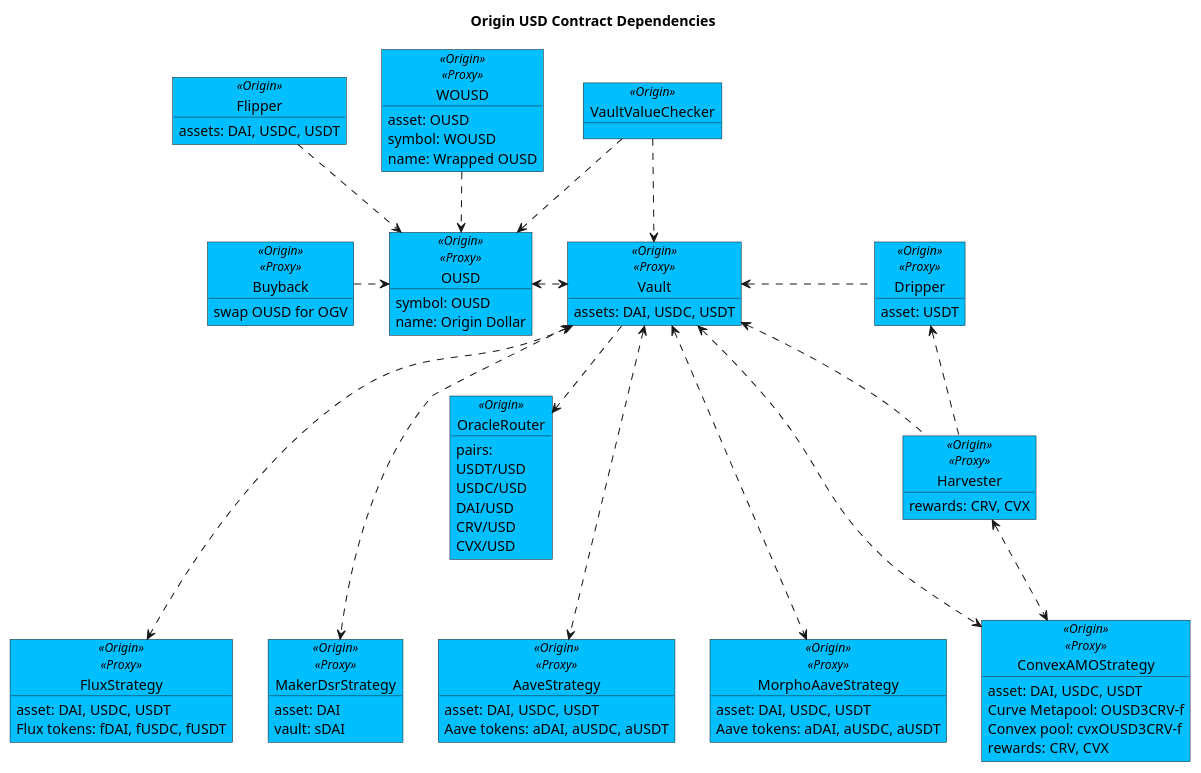
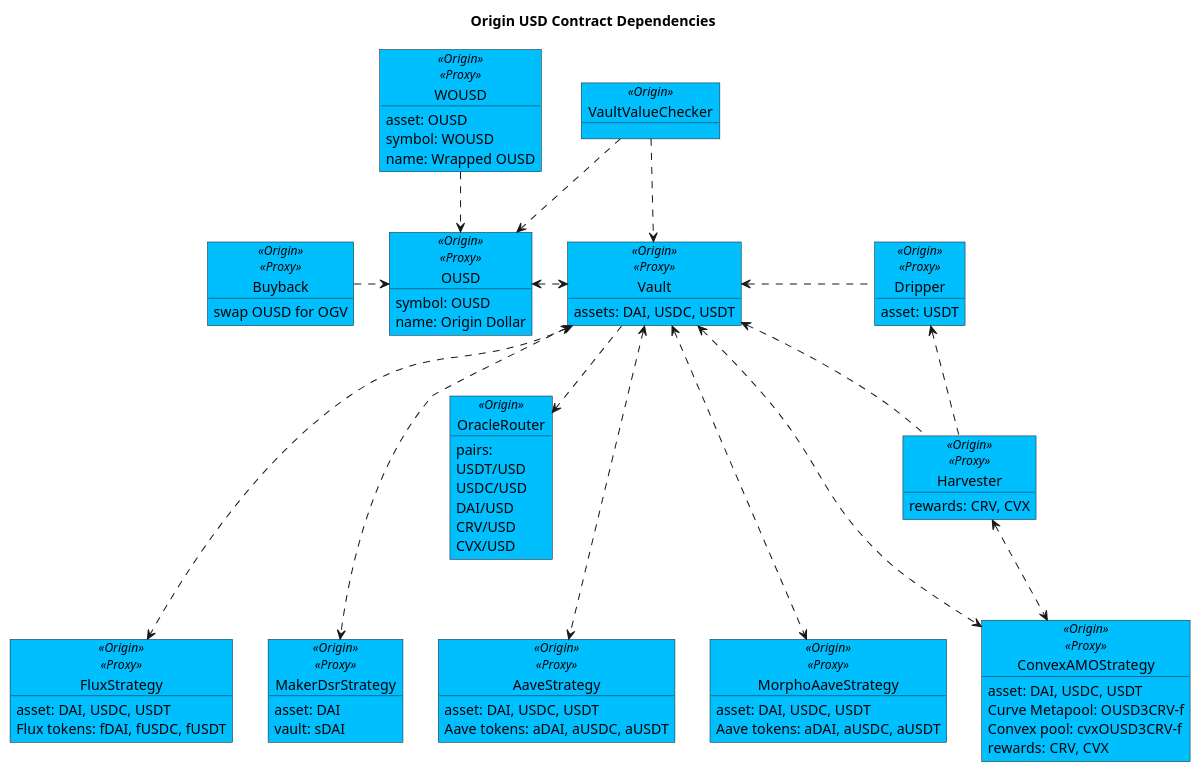
The diagram in contracts/docs/plantuml/ousdContracts.puml (OriginProtocol/origin-dollar), drawn with PlantUML before and after one commit. The commit also changed 10 other files, not shown here.

```diff
--- a/contracts/docs/plantuml/ousdContracts.puml
+++ b/contracts/docs/plantuml/ousdContracts.puml
@@ -1,131 +1,125 @@
 @startuml
 
 title "Origin USD Contract Dependencies"
 
 object "Dripper" as drip <<Origin>><<Proxy>> #DeepSkyBlue {
     asset: USDT
 }
 
 object "VaultValueChecker" as checker <<Origin>> #DeepSkyBlue {
 }
 
 object "WOUSD" as wousd <<Origin>><<Proxy>> #DeepSkyBlue {
     asset: OUSD
     symbol: WOUSD
     name: Wrapped OUSD
-}
-
-object "Flipper" as flipper <<Origin>> #DeepSkyBlue {
-    assets: DAI, USDC, USDT
 }
 
 object "OUSD" as ousd <<Origin>><<Proxy>> #DeepSkyBlue {
     symbol: OUSD
     name: Origin Dollar
 }
 
 object "Vault" as vault <<Origin>><<Proxy>> #DeepSkyBlue {
     assets: DAI, USDC, USDT  
 }
 
 object "Harvester" as harv <<Origin>><<Proxy>> #DeepSkyBlue {
     rewards: CRV, CVX
 }
 
 object "Buyback" as buy <<Origin>><<Proxy>> #DeepSkyBlue {
 swap OUSD for OGV
 }
 
 ' Strategies
 object "AaveStrategy" as aaveStrat <<Origin>><<Proxy>> #DeepSkyBlue {
     asset: DAI, USDC, USDT
     Aave tokens: aDAI, aUSDC, aUSDT
     ' rewards: AAVE
 }
 ' object "CompoundStrategy" as compStrat <<Origin>><<Proxy>> #DeepSkyBlue {
 '     asset: DAI, USDC, USDT
 '     compound tokens: cDAI, cUSDC, cUSDT
     ' rewards: COMP
 ' }
 ' object "ConvexStrategy" as cvxStrat <<Origin>><<Proxy>> #DeepSkyBlue {
 '     asset: DAI, USDC, USDT
 '     Curve pool: 3Pool (3CRV)
 '     Convex pool: DAI+USDC+USDT
 '     rewards: CRV, CVX
 ' }
 object "ConvexAMOStrategy" as amoStrat <<Origin>><<Proxy>> #DeepSkyBlue {
     asset: DAI, USDC, USDT
     Curve Metapool: OUSD3CRV-f
     Convex pool: cvxOUSD3CRV-f
     rewards: CRV, CVX
 }
 ' object "ConvexLUSDMetaStrategy" as cxvLusdStrat <<Origin>><<Proxy>> #DeepSkyBlue {
 '     asset: DAI, USDC, USDT
 '     Curve Metapool: LUSD3CRV-f
 '     Convex pool: cvxLUSD3CRV-f
 '     rewards: CRV, CVX
 ' }
 ' object "MorphoCompoundStrategy" as morphCompStrat <<Origin>><<Proxy>> #DeepSkyBlue {
 '     asset: DAI, USDC, USDT
 '     Compound tokens: cDAI, cUSDC, cUSDT
     ' rewards: COMP
 ' }
 object "MorphoAaveStrategy" as morphAaveStrat <<Origin>><<Proxy>> #DeepSkyBlue {
     asset: DAI, USDC, USDT
     Aave tokens: aDAI, aUSDC, aUSDT
     ' rewards: AAVE
 }
 
 object "FluxStrategy" as fluxStrat <<Origin>><<Proxy>> #DeepSkyBlue {
     asset: DAI, USDC, USDT
     Flux tokens: fDAI, fUSDC, fUSDT
 }
 
 object "MakerDsrStrategy" as dsrStrat <<Origin>><<Proxy>> #DeepSkyBlue {
     asset: DAI
     vault: sDAI
 }
 
 ' Oracle
 object "OracleRouter" as oracle <<Origin>> #DeepSkyBlue {
 pairs:
     USDT/USD
     USDC/USD
     DAI/USD
     CRV/USD
     CVX/USD 
 }
 
 vault <. drip
 
 checker ..> ousd
 checker ..> vault
 
-flipper ..> ousd
-
 vault <.. harv 
 
 wousd ..> ousd
 ousd <.> vault
 vault ..> oracle
 
 buy .> ousd
 
 ' Strategies
 vault <...> aaveStrat
 ' vault <...> compStrat
 ' vault <...> cvxStrat
 vault <...> amoStrat
 ' vault <...> cxvLusdStrat
 ' vault <...> morphCompStrat
 vault <...> morphAaveStrat
 vault <...> fluxStrat
 vault <...> dsrStrat
 
 drip <.. harv
 ' harv <..> cvxStrat
 harv <..> amoStrat
 ' harv <..> cxvLusdStrat
 
 
 @enduml
```
